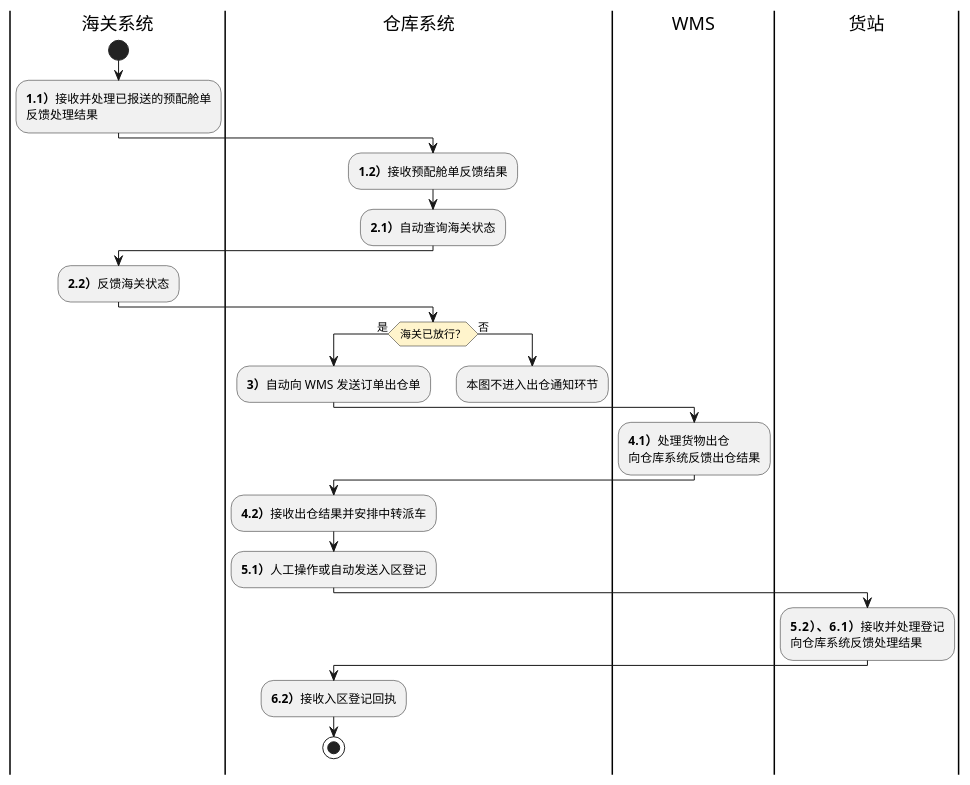
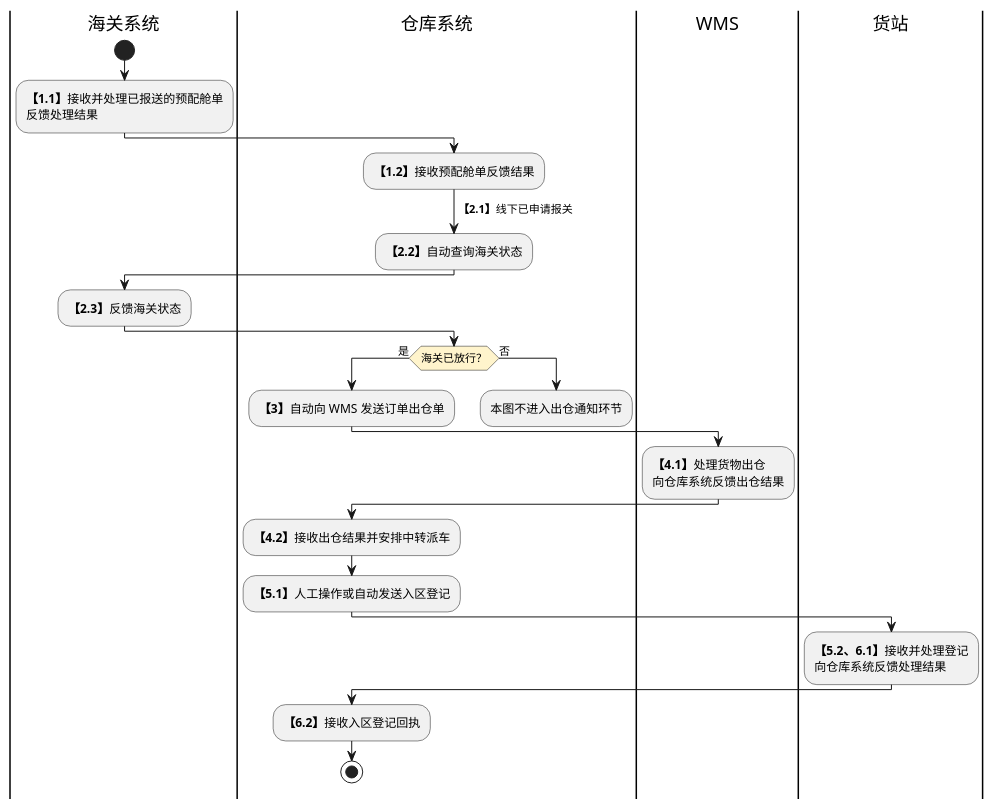
One commit to jack888332/projects-doc changed the second of 3 diagrams in product-caliber/goldjet/segmented-prd/PRD.高捷物流系统一期.第033篇.DDP跨模块作业与结算流程.7579B595B8.md. Above: the diagram before and after it, drawn with PlantUML. The commit also changed other lines of this file and 12 other files, not shown here.

Commit message:
完善DSL图

````diff
--- a/product-caliber/goldjet/segmented-prd/PRD.高捷物流系统一期.第033篇.DDP跨模块作业与结算流程.7579B595B8.md
+++ b/product-caliber/goldjet/segmented-prd/PRD.高捷物流系统一期.第033篇.DDP跨模块作业与结算流程.7579B595B8.md
@@ -97,30 +97,31 @@
 ```plantuml
 @startuml goldjet-033-customs-warehouse-terminal
 skinparam activityDiamondBackgroundColor #FFF4CC
 |海关系统|
 start
-:**1.1）**接收并处理已报送的预配舱单\n反馈处理结果;
+:**【1.1】**接收并处理已报送的预配舱单\n反馈处理结果;
 |仓库系统|
-:**1.2）**接收预配舱单反馈结果;
-:**2.1）**自动查询海关状态;
+:**【1.2】**接收预配舱单反馈结果;
+-> **【2.1】**线下已申请报关;
+:**【2.2】**自动查询海关状态;
 |海关系统|
-:**2.2）**反馈海关状态;
+:**【2.3】**反馈海关状态;
 |仓库系统|
 if (海关已放行？) then (是)
-  :**3）**自动向 WMS 发送订单出仓单;
+  :**【3】**自动向 WMS 发送订单出仓单;
   |WMS|
-  :**4.1）**处理货物出仓\n向仓库系统反馈出仓结果;
+  :**【4.1】**处理货物出仓\n向仓库系统反馈出仓结果;
   |仓库系统|
-  :**4.2）**接收出仓结果并安排中转派车;
-  :**5.1）**人工操作或自动发送入区登记;
+  :**【4.2】**接收出仓结果并安排中转派车;
+  :**【5.1】**人工操作或自动发送入区登记;
   |货站|
-  :**5.2）、6.1）**接收并处理登记\n向仓库系统反馈处理结果;
+  :**【5.2、6.1】**接收并处理登记\n向仓库系统反馈处理结果;
   |仓库系统|
-  :**6.2）**接收入区登记回执;
+  :**【6.2】**接收入区登记回执;
   stop
 else (否)
   :本图不进入出仓通知环节;
   detach
 endif
 @enduml
 ```
````
